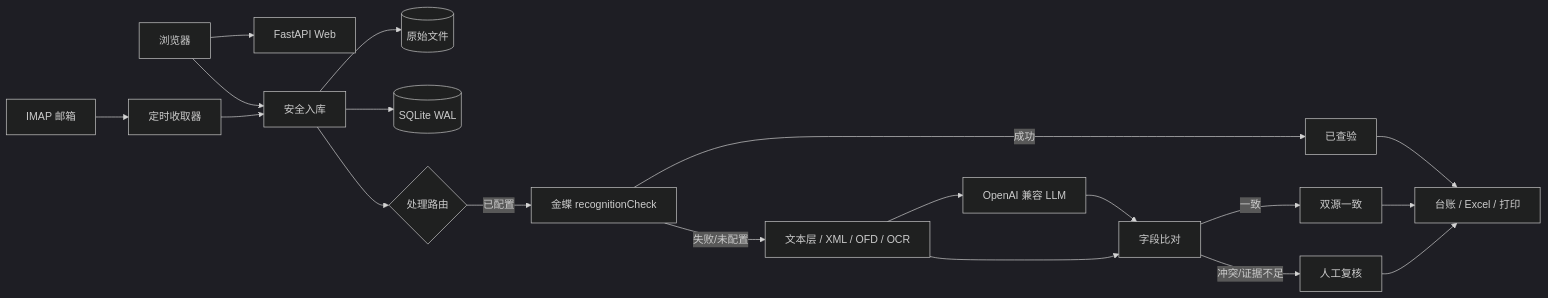
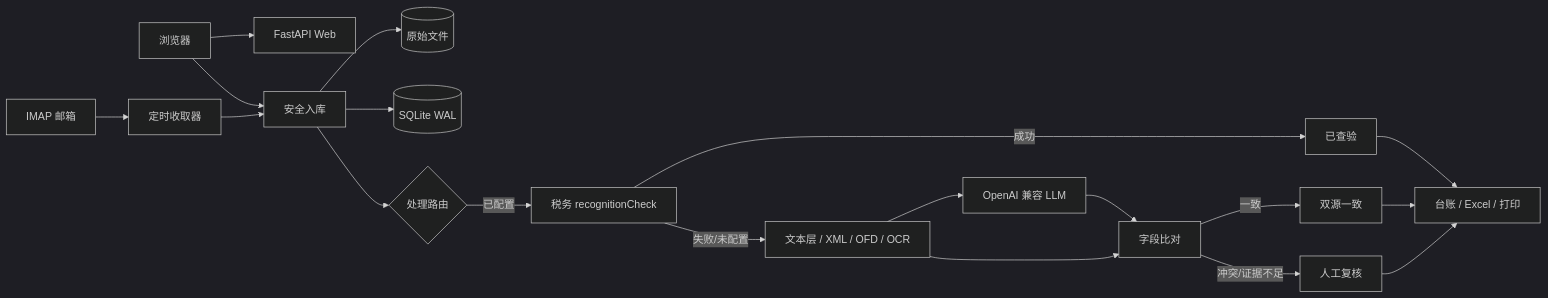
The diagram in docs/ARCHITECTURE.md (coobin/InvoiceDock), drawn with Mermaid (dark theme) before and after one commit. The commit also changed other lines of this file and 16 other files, not shown here.

````diff
--- a/docs/ARCHITECTURE.md
+++ b/docs/ARCHITECTURE.md
@@ -12,21 +12,21 @@
 ```mermaid
 flowchart LR
     U[浏览器] --> W[FastAPI Web]
     M[IMAP 邮箱] --> C[定时收取器]
     C --> I[安全入库]
     U --> I
     I --> F[(原始文件)]
     I --> D[(SQLite WAL)]
     I --> P{处理路由}
-    P -->|已配置| K[金蝶 recognitionCheck]
+    P -->|已配置| K[税务 recognitionCheck]
     K -->|成功| V[已查验]
     K -->|失败/未配置| O[文本层 / XML / OFD / OCR]
     O --> L[OpenAI 兼容 LLM]
     O --> X[字段比对]
     L --> X
     X -->|一致| S[双源一致]
     X -->|冲突/证据不足| R[人工复核]
     V --> E[台账 / Excel / 打印]
     S --> E
     R --> E
 ```
````
